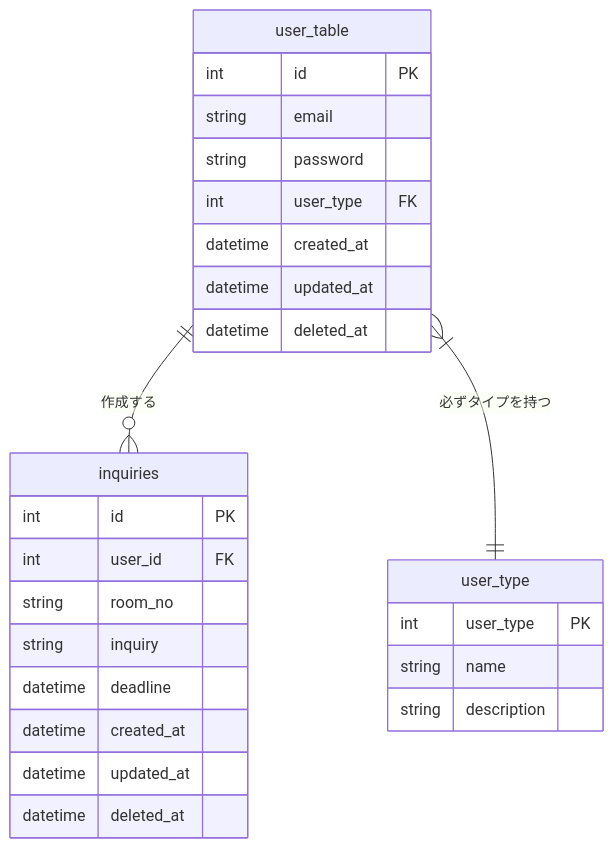
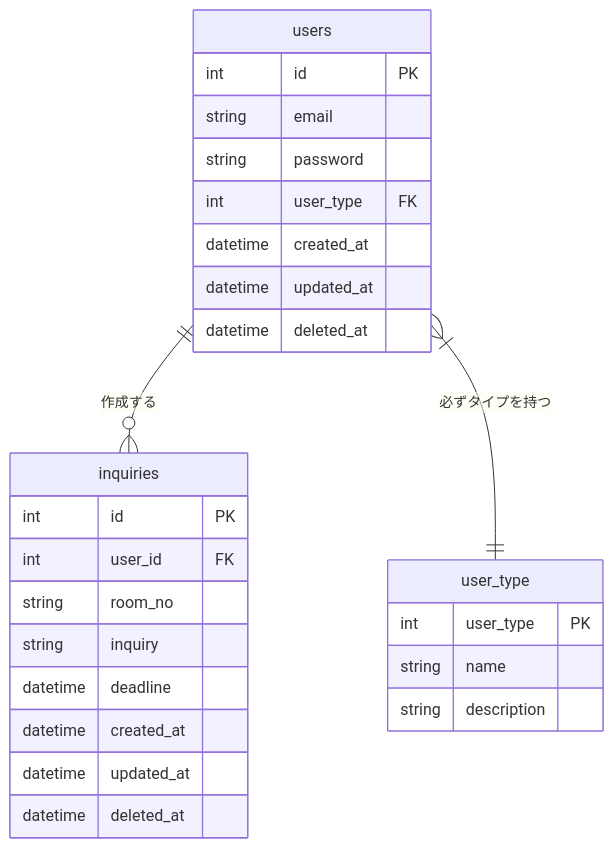
One commit to rictusempra52/APIkadai changed the diagram in db_design/db_design.md. Above: the diagram before and after it, drawn with Mermaid. The commit also changed 6 other files, not shown here.

````diff
--- a/db_design/db_design.md
+++ b/db_design/db_design.md
@@ -3,33 +3,33 @@
 ```mermaid
 erDiagram
 
-user_table ||--o{ inquiries : "作成する"
-user_table }|--|| user_type : "必ずタイプを持つ"
+users ||--o{ inquiries : "作成する"
+users }|--|| user_type : "必ずタイプを持つ"
 
-user_table {
+users {
     int id PK
     string email
     string  password
     int user_type FK
     datetime created_at
     datetime updated_at
     datetime deleted_at
 }
 
 user_type {
     int user_type PK
     string name
     string description
 }
 
 inquiries {
     int id PK
     int user_id FK
     string room_no
     string inquiry
     datetime deadline
     datetime created_at
     datetime updated_at
     datetime deleted_at
 }
 ```
````
